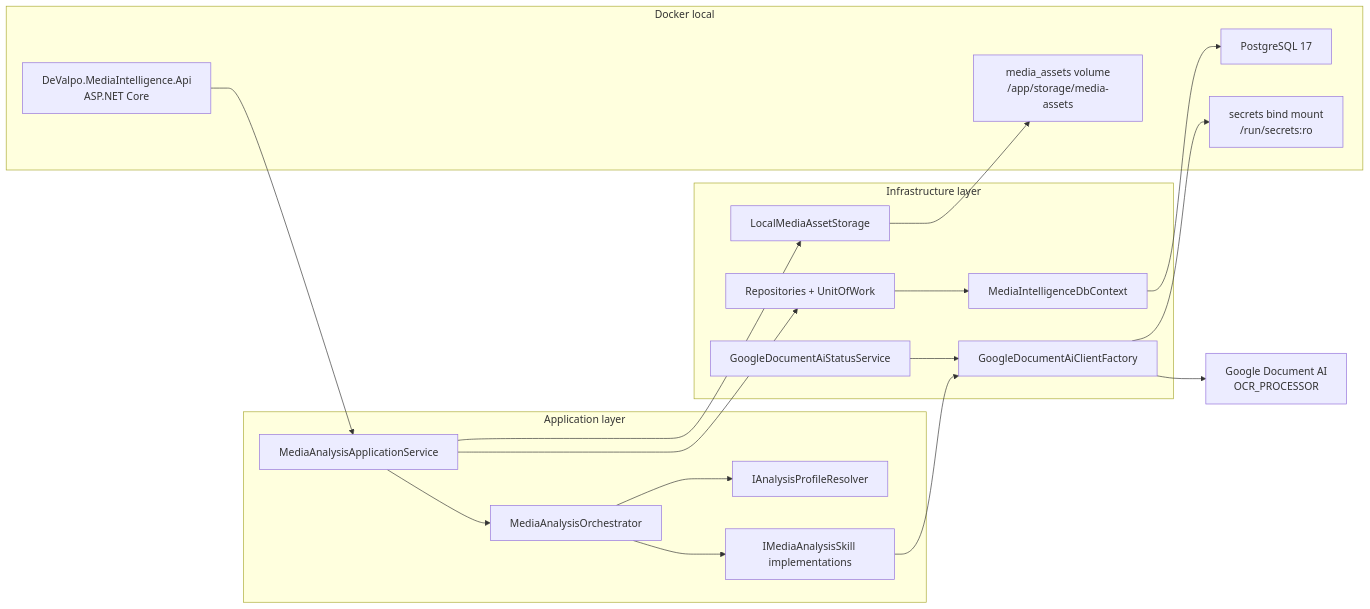
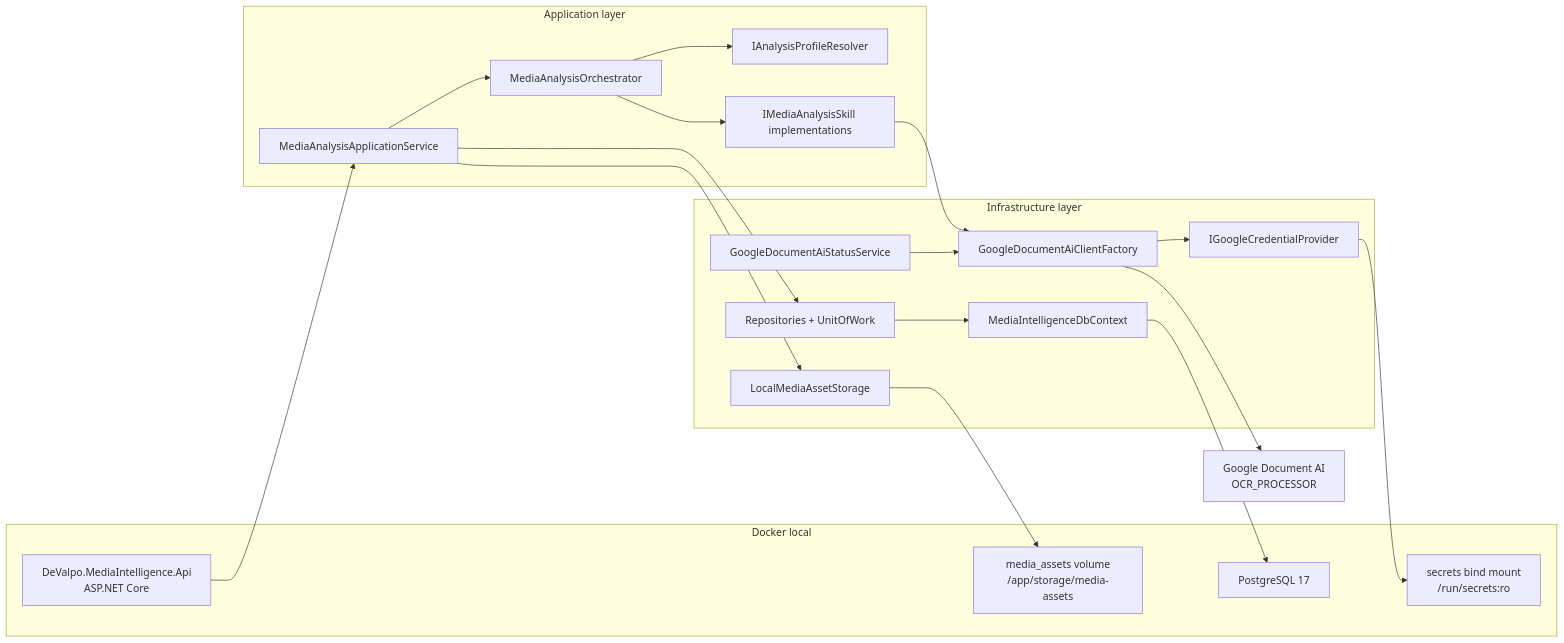
Before and after one commit to lokomurdok89/DeValpo.MediaIntelligence: the second of 7 diagrams in README.md, drawn with Mermaid. The commit also changed other lines of this file and 27 other files, not shown here.

Commit message:
Harden foundation profiles skills and Google credentials

````diff
--- a/README.md
+++ b/README.md
@@ -45,40 +45,42 @@
 ```mermaid
 flowchart LR
     subgraph LocalDocker["Docker local"]
         Api["DeValpo.MediaIntelligence.Api<br/>ASP.NET Core"]
         Pg["PostgreSQL 17"]
         Storage["media_assets volume<br/>/app/storage/media-assets"]
         Secrets["secrets bind mount<br/>/run/secrets:ro"]
     end
 
     subgraph AppLayer["Application layer"]
         AnalyzeSvc["MediaAnalysisApplicationService"]
         Orchestrator["MediaAnalysisOrchestrator"]
         ProfileResolver["IAnalysisProfileResolver"]
         Skills["IMediaAnalysisSkill implementations"]
     end
 
     subgraph InfraLayer["Infrastructure layer"]
         DbContext["MediaIntelligenceDbContext"]
         Repos["Repositories + UnitOfWork"]
         AssetStorage["LocalMediaAssetStorage"]
+        GoogleCredentials["IGoogleCredentialProvider"]
         GoogleFactory["GoogleDocumentAiClientFactory"]
         GoogleStatus["GoogleDocumentAiStatusService"]
     end
 
     Google["Google Document AI<br/>OCR_PROCESSOR"]
 
     Api --> AnalyzeSvc
     AnalyzeSvc --> Orchestrator
     AnalyzeSvc --> AssetStorage
     AnalyzeSvc --> Repos
     Repos --> DbContext
     DbContext --> Pg
     AssetStorage --> Storage
     Orchestrator --> ProfileResolver
     Orchestrator --> Skills
     Skills --> GoogleFactory
     GoogleStatus --> GoogleFactory
-    GoogleFactory --> Secrets
+    GoogleFactory --> GoogleCredentials
+    GoogleCredentials --> Secrets
     GoogleFactory --> Google
 ```
````
